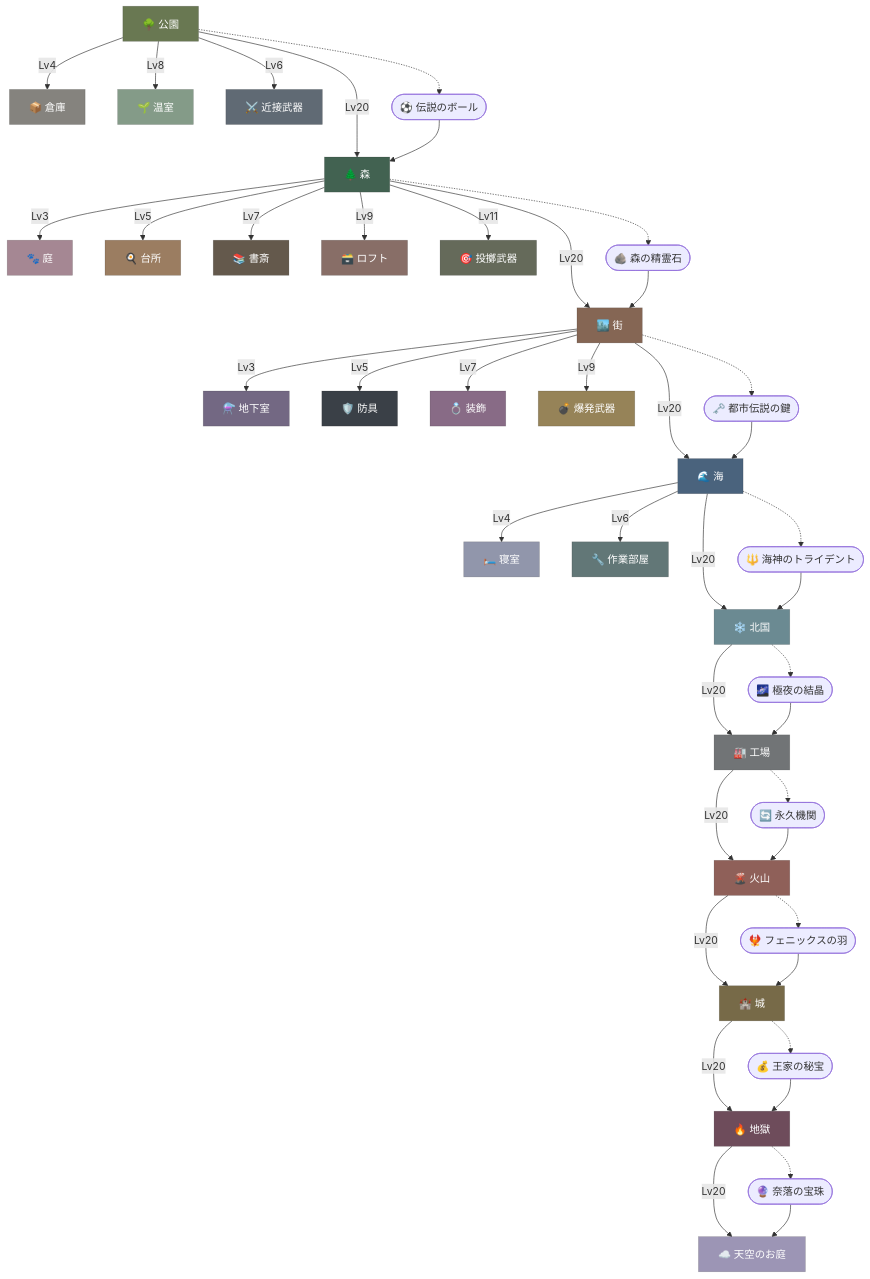
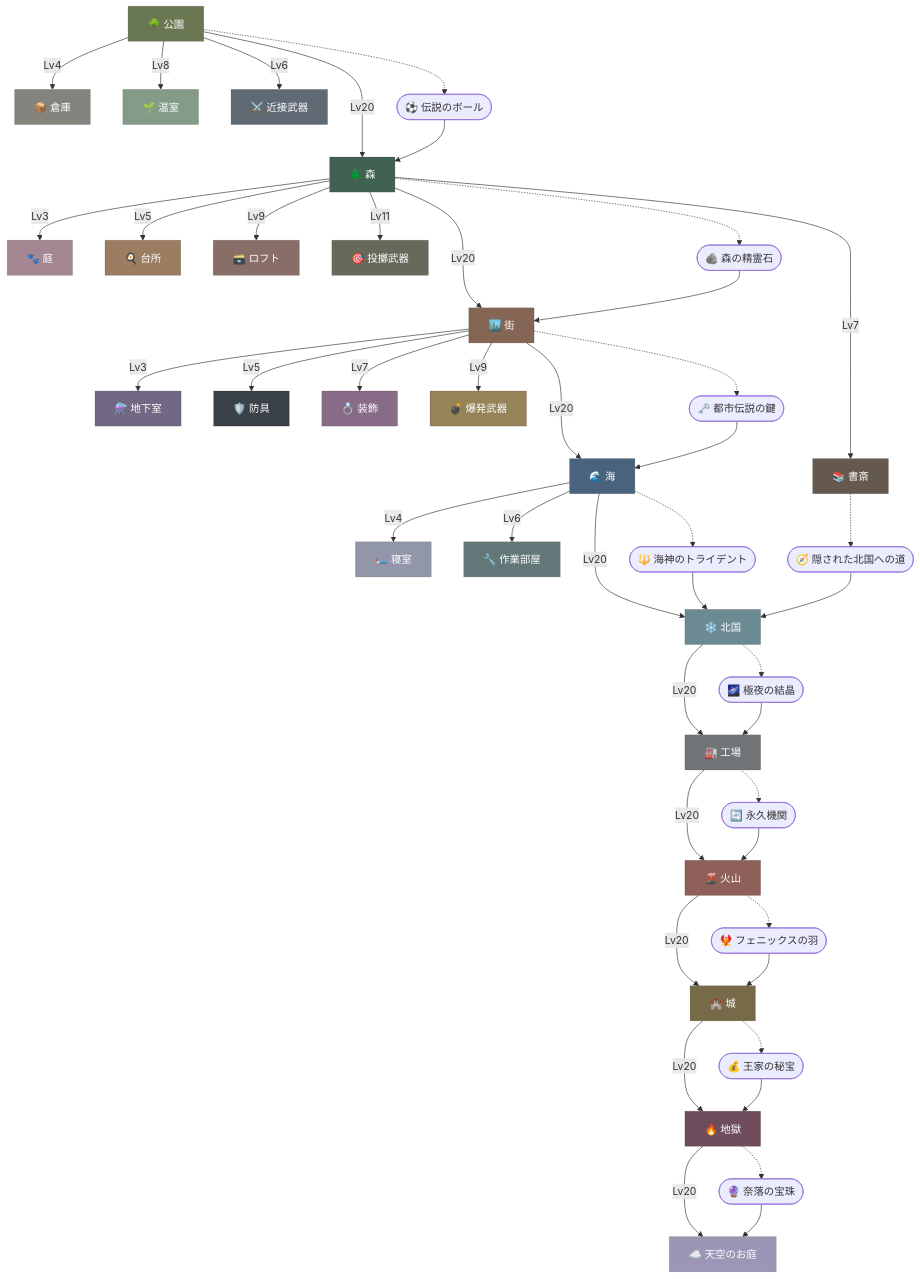
The diagram in site/ja/reference/progression.md (yutori-gene/idle-wiki), drawn with Mermaid before and after one commit. The commit also changed other lines of this file and 1770 other files, not shown here.

```diff
--- a/site/ja/reference/progression.md
+++ b/site/ja/reference/progression.md
@@ -96,6 +96,10 @@
   click i_sea_god_trident "#/ja/item/sea-god-trident"
   c_sea -.-> i_sea_god_trident
   i_sea_god_trident --> c_northland
+  i_hidden_path_to_northland(["🧭 隠された北国への道"])
+  click i_hidden_path_to_northland "#/ja/item/hidden-path-to-northland"
+  c_study -.-> i_hidden_path_to_northland
+  i_hidden_path_to_northland --> c_northland
   c_northland -->|Lv20| c_factory
   i_polar_night_crystal(["🌌 極夜の結晶"])
   click i_polar_night_crystal "#/ja/item/polar-night-crystal"
```
